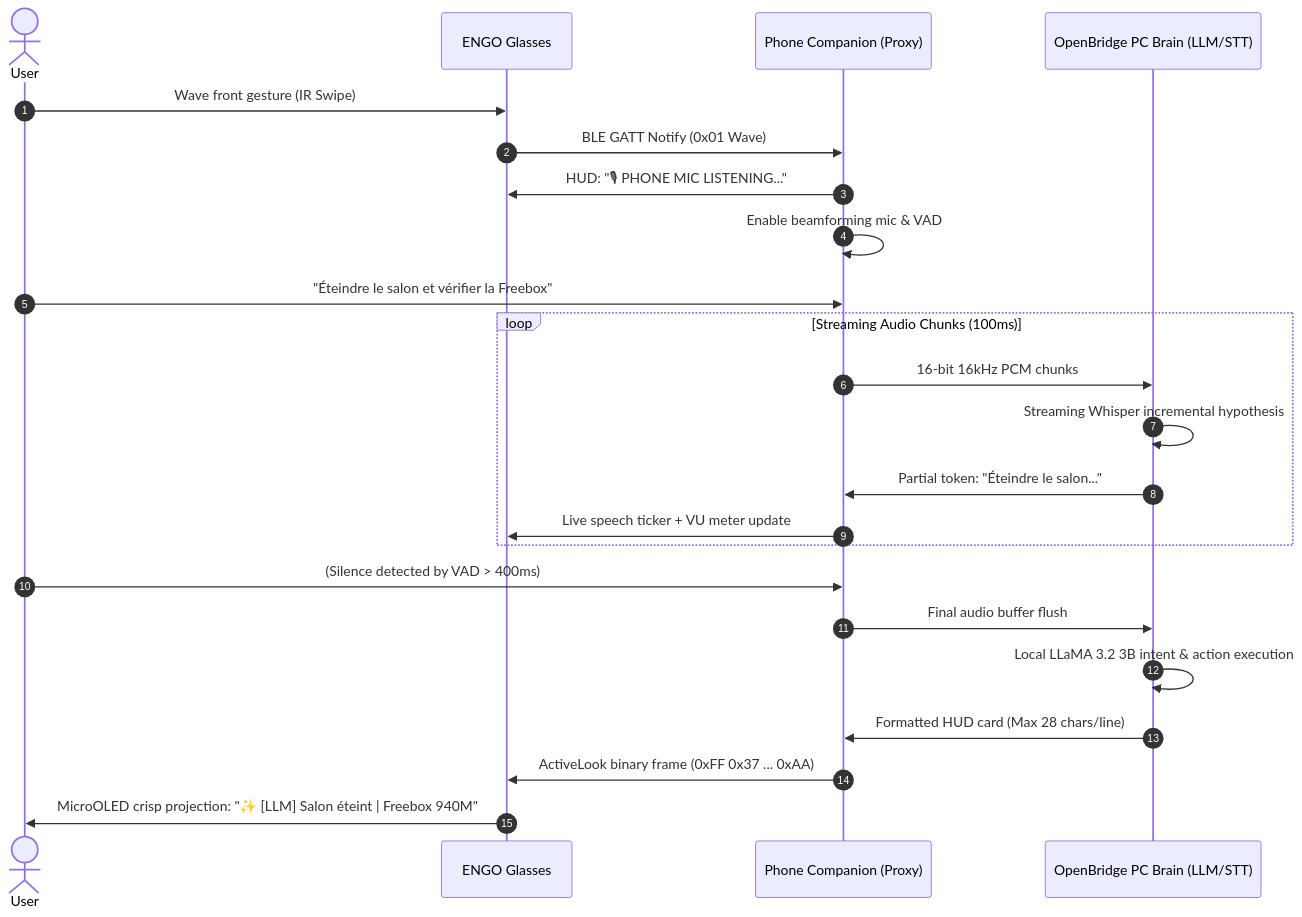
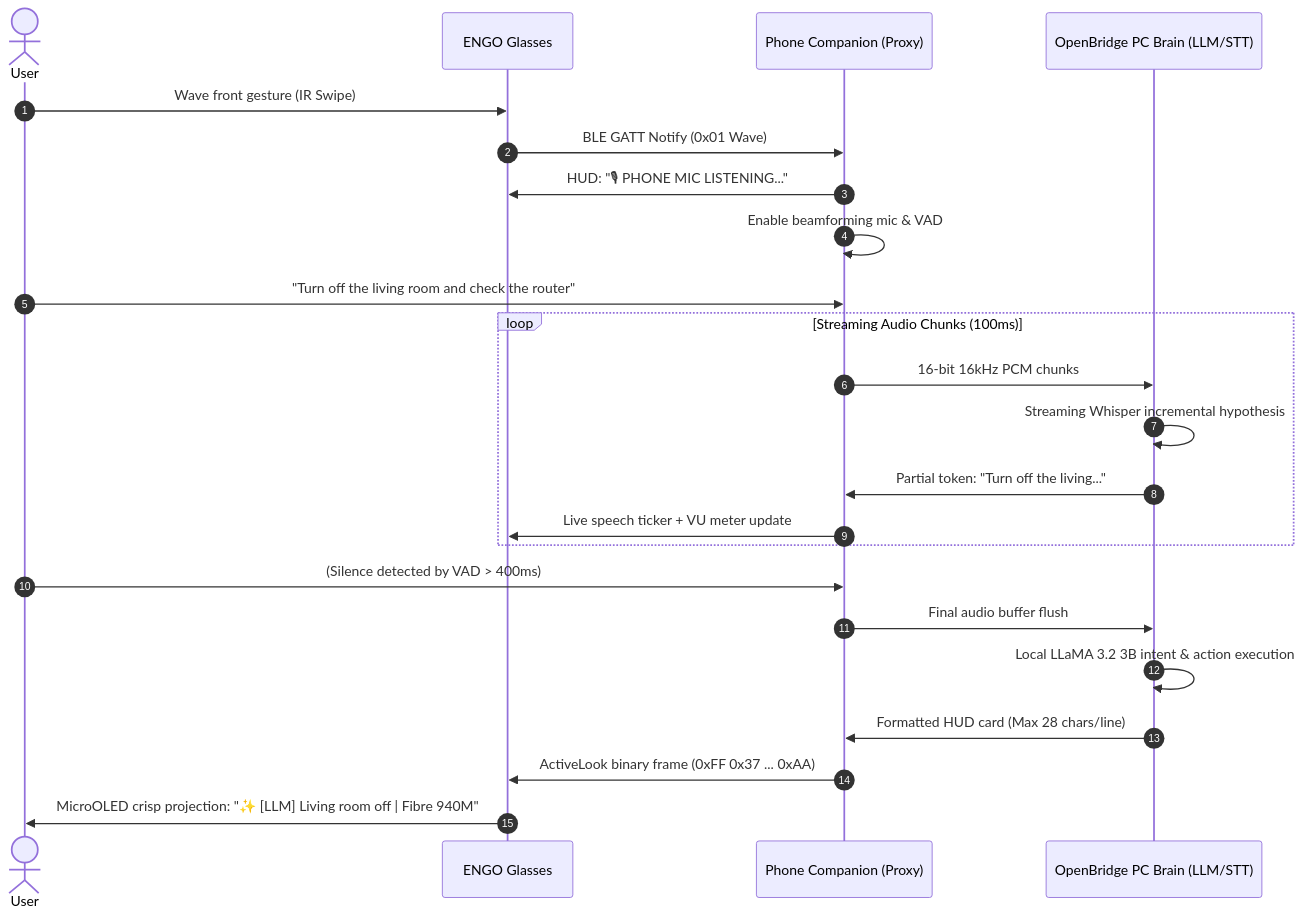
One commit to toskaman/openbridge changed the second of 3 diagrams in docs/partners/engo/18_OPENBRIDGE_NEURAL_SENSORY_EXPANSION.md. Above: the diagram before and after it, drawn with Mermaid. The commit also changed other lines of this file and 29 other files, not shown here.

````diff
--- a/docs/partners/engo/18_OPENBRIDGE_NEURAL_SENSORY_EXPANSION.md
+++ b/docs/partners/engo/18_OPENBRIDGE_NEURAL_SENSORY_EXPANSION.md
@@ -112,26 +112,26 @@
 ```mermaid
 sequenceDiagram
     autonumber
     actor User
     participant Glasses as ENGO Glasses
     participant Phone as Phone Companion (Proxy)
     participant Core as OpenBridge PC Brain (LLM/STT)
 
     User->>Glasses: Wave front gesture (IR Swipe)
     Glasses->>Phone: BLE GATT Notify (0x01 Wave)
     Phone->>Glasses: HUD: "🎙 PHONE MIC LISTENING..."
     Phone->>Phone: Enable beamforming mic & VAD
-    User->>Phone: "Éteindre le salon et vérifier la Freebox"
+    User->>Phone: "Turn off the living room and check the router"
     loop Streaming Audio Chunks (100ms)
         Phone->>Core: 16-bit 16kHz PCM chunks
         Core->>Core: Streaming Whisper incremental hypothesis
-        Core->>Phone: Partial token: "Éteindre le salon..."
+        Core->>Phone: Partial token: "Turn off the living..."
         Phone->>Glasses: Live speech ticker + VU meter update
     end
     User->>Phone: (Silence detected by VAD > 400ms)
     Phone->>Core: Final audio buffer flush
     Core->>Core: Local LLaMA 3.2 3B intent & action execution
     Core->>Phone: Formatted HUD card (Max 28 chars/line)
     Phone->>Glasses: ActiveLook binary frame (0xFF 0x37 ... 0xAA)
-    Glasses->>User: MicroOLED crisp projection: "✨ [LLM] Salon éteint | Freebox 940M"
+    Glasses->>User: MicroOLED crisp projection: "✨ [LLM] Living room off | Fibre 940M"
 ```
````
